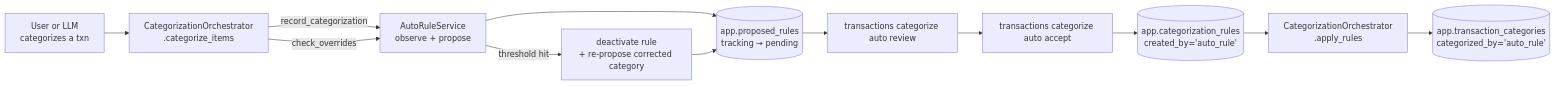
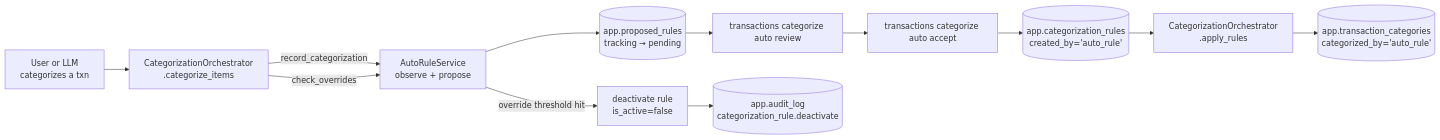
One commit to bsaffel/moneybin changed the first of 4 diagrams in docs/tech/auto-rule-pipeline.md. Above: the diagram before and after it, drawn with Mermaid. The commit also changed other lines of this file and 16 other files, not shown here.

````diff
--- a/docs/tech/auto-rule-pipeline.md
+++ b/docs/tech/auto-rule-pipeline.md
@@ -14,14 +14,14 @@
 ```mermaid
 flowchart LR
     user[User or LLM<br/>categorizes a txn] --> orch[CategorizationOrchestrator<br/>.categorize_items]
     orch -->|record_categorization| obs[AutoRuleService<br/>observe + propose]
     obs --> staged[(app.proposed_rules<br/>tracking → pending)]
     staged --> cli[transactions categorize auto review]
     cli --> accept[transactions categorize auto accept]
     accept --> rule[(app.categorization_rules<br/>created_by='auto_rule')]
     rule --> apply[CategorizationOrchestrator<br/>.apply_rules]
     apply --> txn[(app.transaction_categories<br/>categorized_by='auto_rule')]
     orch -->|check_overrides| obs
-    obs -->|threshold hit| deact[deactivate rule<br/>+ re-propose corrected category]
-    deact --> staged
+    obs -->|override threshold hit| deact[deactivate rule<br/>is_active=false]
+    deact --> audit[(app.audit_log<br/>categorization_rule.deactivate)]
 ```
````
